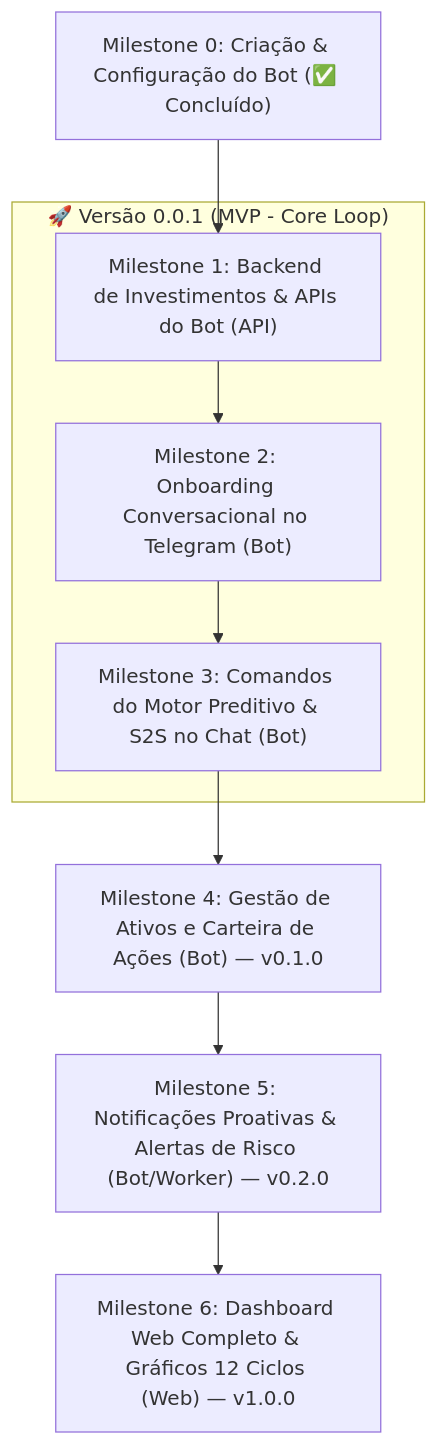
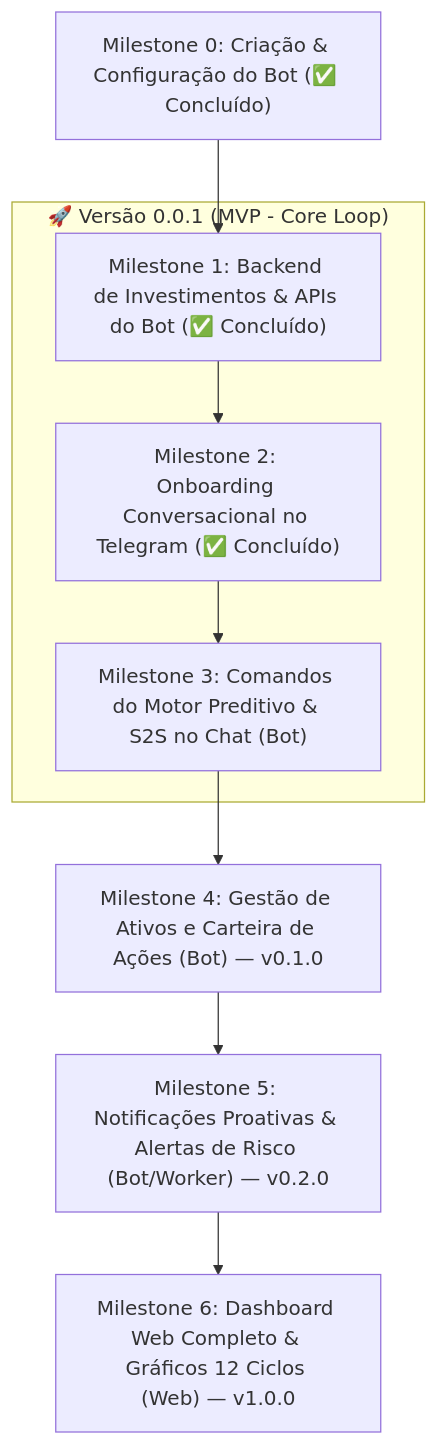
One commit to marcos-vinicius14/meu-dinheiro changed the diagram in docs/roadmap.md. Above: the diagram before and after it, drawn with Mermaid. The commit also changed other lines of this file and 27 other files, not shown here.

First line of the commit message:
feat(bot): implement conversational onboarding with fsm and daily dashboard

````diff
--- a/docs/roadmap.md
+++ b/docs/roadmap.md
@@ -17,11 +17,11 @@
 ```mermaid
 graph TD
     M0["Milestone 0: Criação & Configuração do Bot (✅ Concluído)"] --> M1
     subgraph V001 ["🚀 Versão 0.0.1 (MVP - Core Loop)"]
-        M1["Milestone 1: Backend de Investimentos & APIs do Bot (API)"] --> M2["Milestone 2: Onboarding Conversacional no Telegram (Bot)"]
+        M1["Milestone 1: Backend de Investimentos & APIs do Bot (✅ Concluído)"] --> M2["Milestone 2: Onboarding Conversacional no Telegram (✅ Concluído)"]
         M2 --> M3["Milestone 3: Comandos do Motor Preditivo & S2S no Chat (Bot)"]
     end
     M3 --> M4["Milestone 4: Gestão de Ativos e Carteira de Ações (Bot) — v0.1.0"]
     M4 --> M5["Milestone 5: Notificações Proativas & Alertas de Risco (Bot/Worker) — v0.2.0"]
     M5 --> M6["Milestone 6: Dashboard Web Completo & Gráficos 12 Ciclos (Web) — v1.0.0"]
 ```
````
